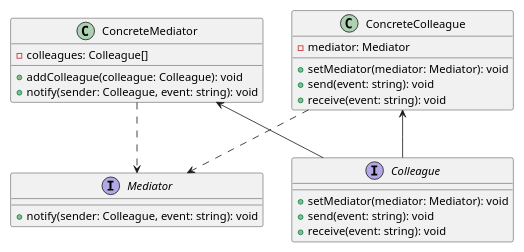
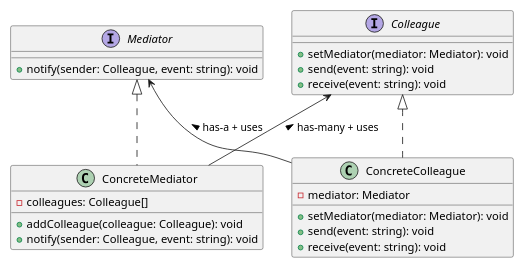
Before and after one commit to MC-Spraint/DSA-IN_TS-2024: the tenth of 11 diagrams in interview_prep/diagram.md, drawn with PlantUML. The commit also changed other lines of this file and 7 other files, not shown here.

```diff
--- a/interview_prep/diagram.md
+++ b/interview_prep/diagram.md
@@ -353,29 +340,27 @@
 @startuml
 scale 0.8
 interface Mediator {
   + notify(sender: Colleague, event: string): void
 }
 
 interface Colleague {
   + setMediator(mediator: Mediator): void
   + send(event: string): void
   + receive(event: string): void
 }
 
-class ConcreteMediator {
+class ConcreteMediator implements Mediator {
   - colleagues: Colleague[]
   + addColleague(colleague: Colleague): void
   + notify(sender: Colleague, event: string): void
 }
 
-class ConcreteColleague {
+class ConcreteColleague implements Colleague {
   - mediator: Mediator
   + setMediator(mediator: Mediator): void
   + send(event: string): void
   + receive(event: string): void
 }
-ConcreteMediator .right.> Mediator
-ConcreteMediator <-- Colleague
-ConcreteColleague ..> Mediator
-ConcreteColleague <-- Colleague
+ConcreteMediator -up-> Colleague : has-many + uses >
+ConcreteColleague -up-> Mediator : has-a + uses >
 @enduml
```
